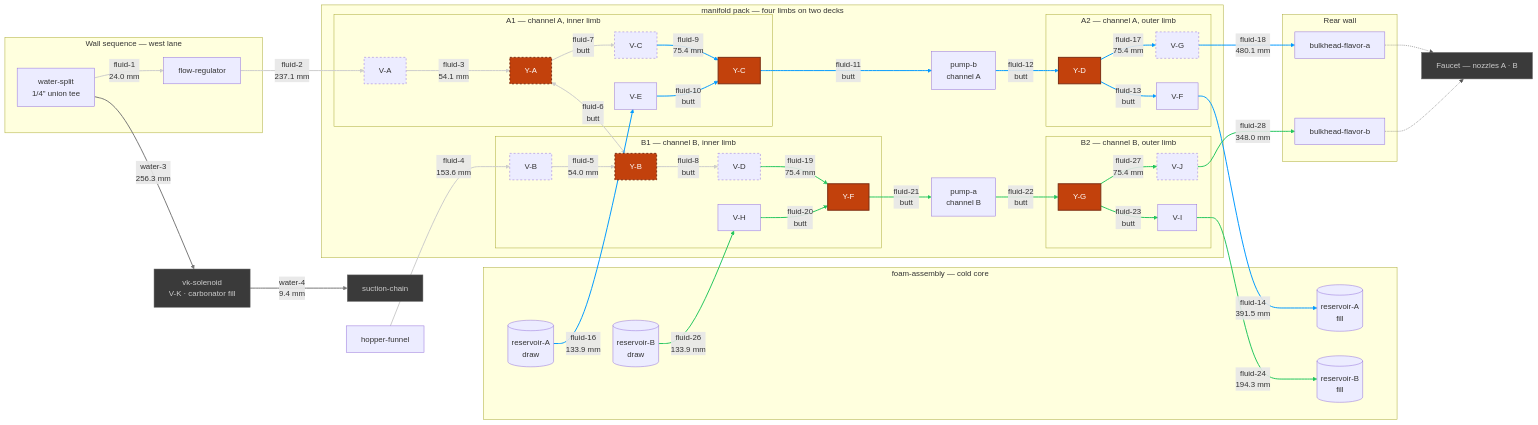
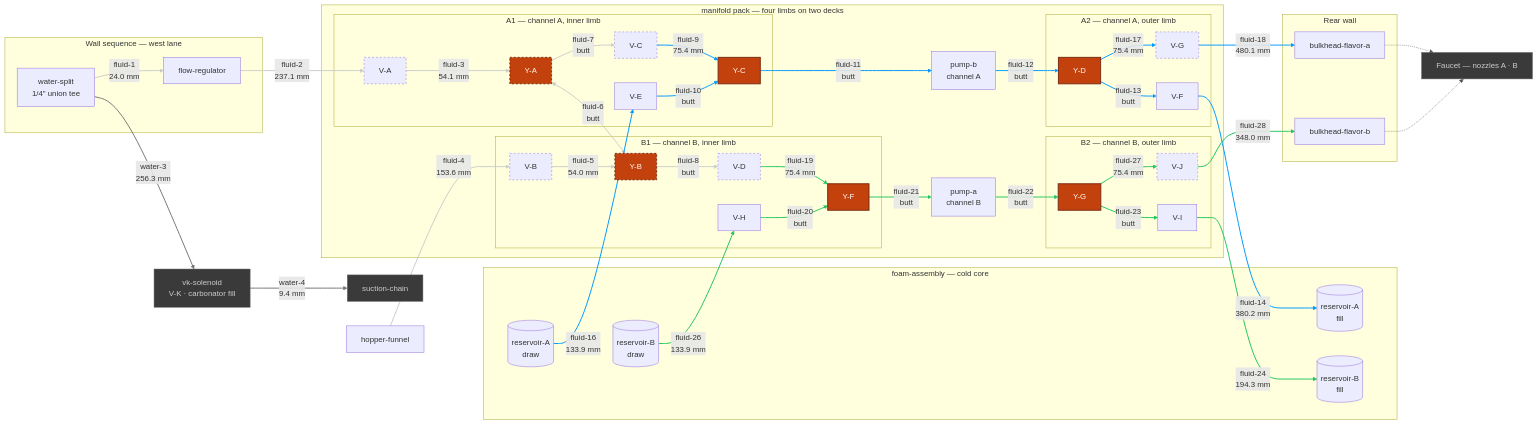
One commit to derekbreden/homesodamachine changed the diagram in hardware/topology/fluid-topology-manifold.mmd. Above: the diagram before and after it, drawn with Mermaid. The commit also changed 28 other files, not shown here.

```diff
--- a/hardware/topology/fluid-topology-manifold.mmd
+++ b/hardware/topology/fluid-topology-manifold.mmd
@@ -14,7 +14,7 @@
   %% [26](SEGMENT_COUNT) flavor segments. [11](BUTT_COUNT) are collet butted to collet and carry
   %% no tube at all; [9](DRAWN_COUNT) are swept runs between placed bodies; the rest are the
   %% hinge's four hairpins and the source pair's two quarter-and-step turns. What is cut comes to
-  %% [2506.2 mm](FLUID_TOTAL) of 1/4" LLDPE over [42](FLUID_BENDS) corners, and the longest is
+  %% [2494.8 mm](FLUID_TOTAL) of 1/4" LLDPE over [44](FLUID_BENDS) corners, and the longest is
   %% [fluid-18](LONGEST_ID) at [480.1 mm](LONGEST_LEN). [0](OPEN_COUNT) are mouths with nothing
   %% on the far end of them: EVERY FLAVOR SEGMENT IN THIS CHART IS MADE. The hopper's gravity
   %% drain is drawn like the rest — the funnel is seated in the box rather than placed in the
@@ -135,7 +135,7 @@
   YC -->|"fluid-11<br/>butt"| PB
   PB -->|"fluid-12<br/>butt"| YD
   YD -->|"fluid-13<br/>butt"| VF
-  VF -->|"fluid-14<br/>391.5 mm"| ResAFill
+  VF -->|"fluid-14<br/>380.2 mm"| ResAFill
   ResA -->|"fluid-16<br/>133.9 mm"| VE
   YD -->|"fluid-17<br/>75.4 mm"| VG
   VG -->|"fluid-18<br/>480.1 mm"| BhA
```
